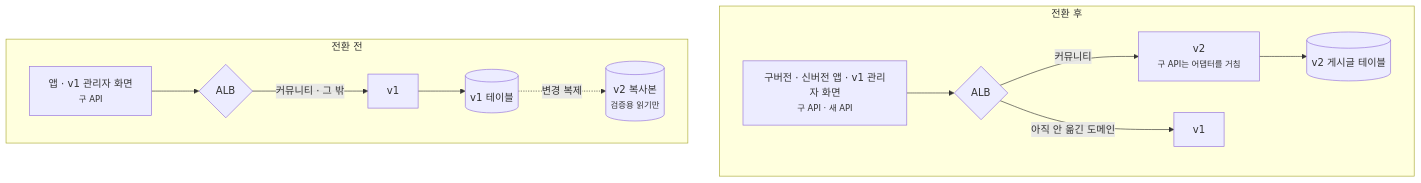
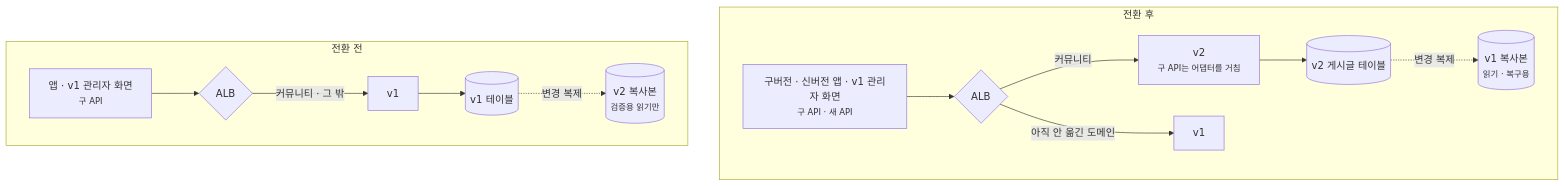
One commit to oownahcohc/oownahcohc.github.io changed the sixth of 22 diagrams in src/content/blog/strangler-fig-redesign.md. Above: the diagram before and after it, drawn with Mermaid. The commit also changed other lines of this file, not shown here.

First line of the commit message:
Strangler Fig 재설계 글에서 쓰기 요청과 복제 방향을 나눠 설명한다

````diff
--- a/src/content/blog/strangler-fig-redesign.md
+++ b/src/content/blog/strangler-fig-redesign.md
@@ -251,15 +251,16 @@
 ```mermaid
 flowchart TB
     subgraph after["전환 후"]
         A2["구버전 · 신버전 앱 · v1 관리자 화면<br/><small>구 API · 새 API</small>"] --> L2{"ALB"}
         L2 -->|"커뮤니티"| S2["v2<br/><small>구 API는 어댑터를 거침</small>"]
         L2 -->|"아직 안 옮긴 도메인"| S3["v1"]
         S2 --> T2[("v2 게시글 테이블")]
+        T2 -. "변경 복제" .-> C2[("v1 복사본<br/><small>읽기 · 복구용</small>")]
     end
     subgraph before["전환 전"]
         A1["앱 · v1 관리자 화면<br/><small>구 API</small>"] --> L1{"ALB"}
         L1 -->|"커뮤니티 · 그 밖"| S1["v1"]
         S1 --> T1[("v1 테이블")]
         T1 -. "변경 복제" .-> C1[("v2 복사본<br/><small>검증용 읽기만</small>")]
     end
 ```
````
